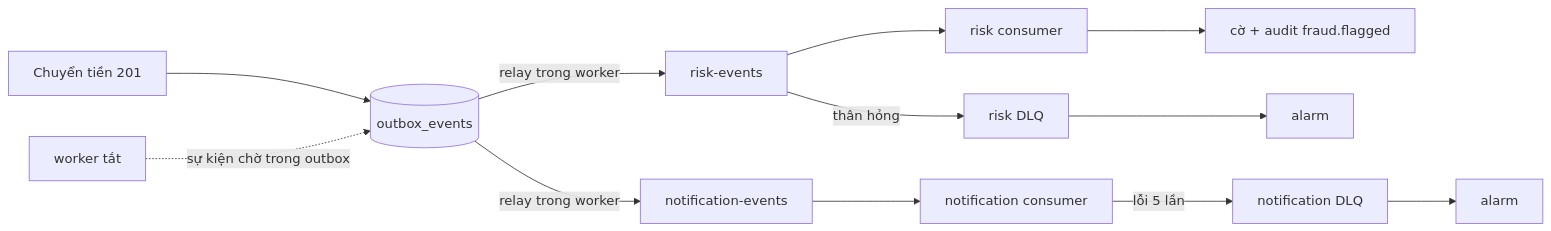
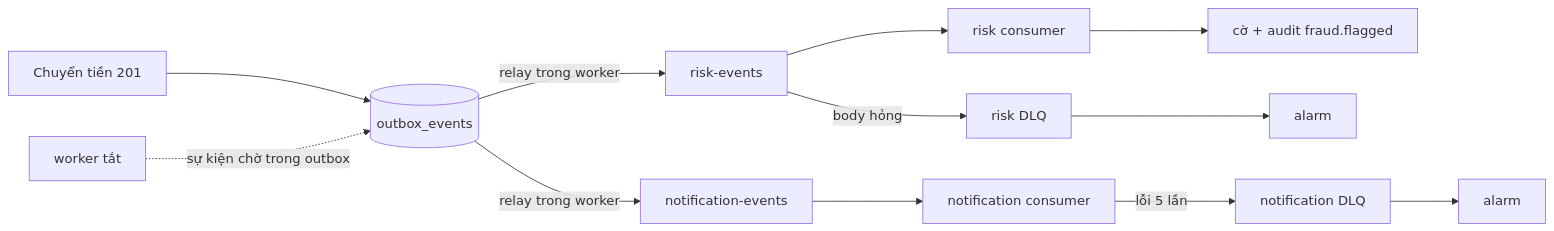
Before and after one commit to Lawliet119/digital-banking-simulator: the diagram in docs/features/DBS-183-async-incident-scenarios.md, drawn with Mermaid. The commit also changed other lines of this file and 1 other file, not shown here.

````diff
--- a/docs/features/DBS-183-async-incident-scenarios.md
+++ b/docs/features/DBS-183-async-incident-scenarios.md
@@ -64,9 +68,9 @@
 ```mermaid
 flowchart LR
   T[Chuyển tiền 201] --> O[(outbox_events)]
   O -- relay trong worker --> Q1[risk-events] --> R[risk consumer] --> F[cờ + audit fraud.flagged]
   O -- relay trong worker --> Q2[notification-events] --> N[notification consumer]
   N -- lỗi 5 lần --> D2[notification DLQ] --> A2[alarm]
-  Q1 -- thân hỏng --> D1[risk DLQ] --> A1[alarm]
+  Q1 -- body hỏng --> D1[risk DLQ] --> A1[alarm]
   W[worker tắt] -. sự kiện chờ trong outbox .-> O
 ```
````
